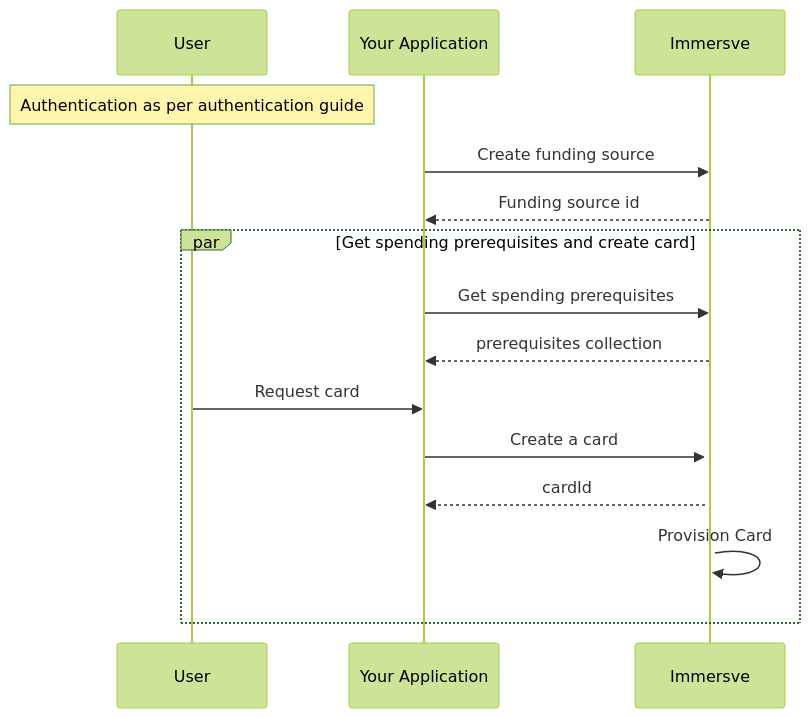
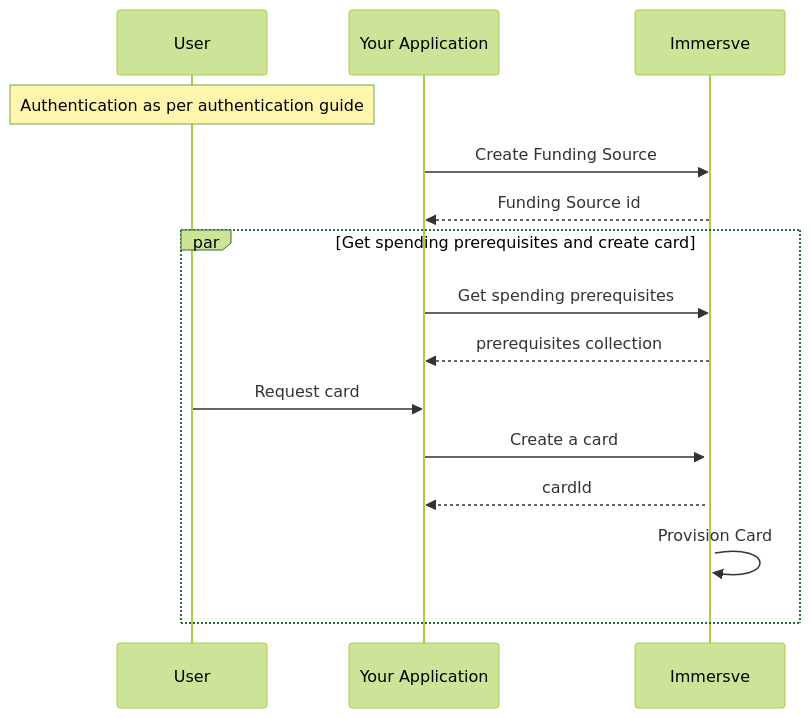
The diagram in docs/guides/issue-a-virtual-card.md (immersve/immersve-docs), drawn with Mermaid (forest theme) before and after one commit. The commit also changed other lines of this file and 9 other files, not shown here.

Commit message:
make Funding Source a proper noun

````diff
--- a/docs/guides/issue-a-virtual-card.md
+++ b/docs/guides/issue-a-virtual-card.md
@@ -54,18 +54,18 @@
 ```mermaid
 sequenceDiagram
     participant U as User
     participant C as Your Application
     participant I as Immersve
     note over U: Authentication as per authentication guide
 
-    C->>I: Create funding source
-    I-->>C: Funding source id
+    C->>I: Create Funding Source
+    I-->>C: Funding Source id
     par Get spending prerequisites and create card
     C->>I: Get spending prerequisites
     I-->>C: prerequisites collection
     U->>C: Request card
     C->>+I: Create a card
     I-->>C: cardId
     I->>I: Provision Card
     end
 ```
````
